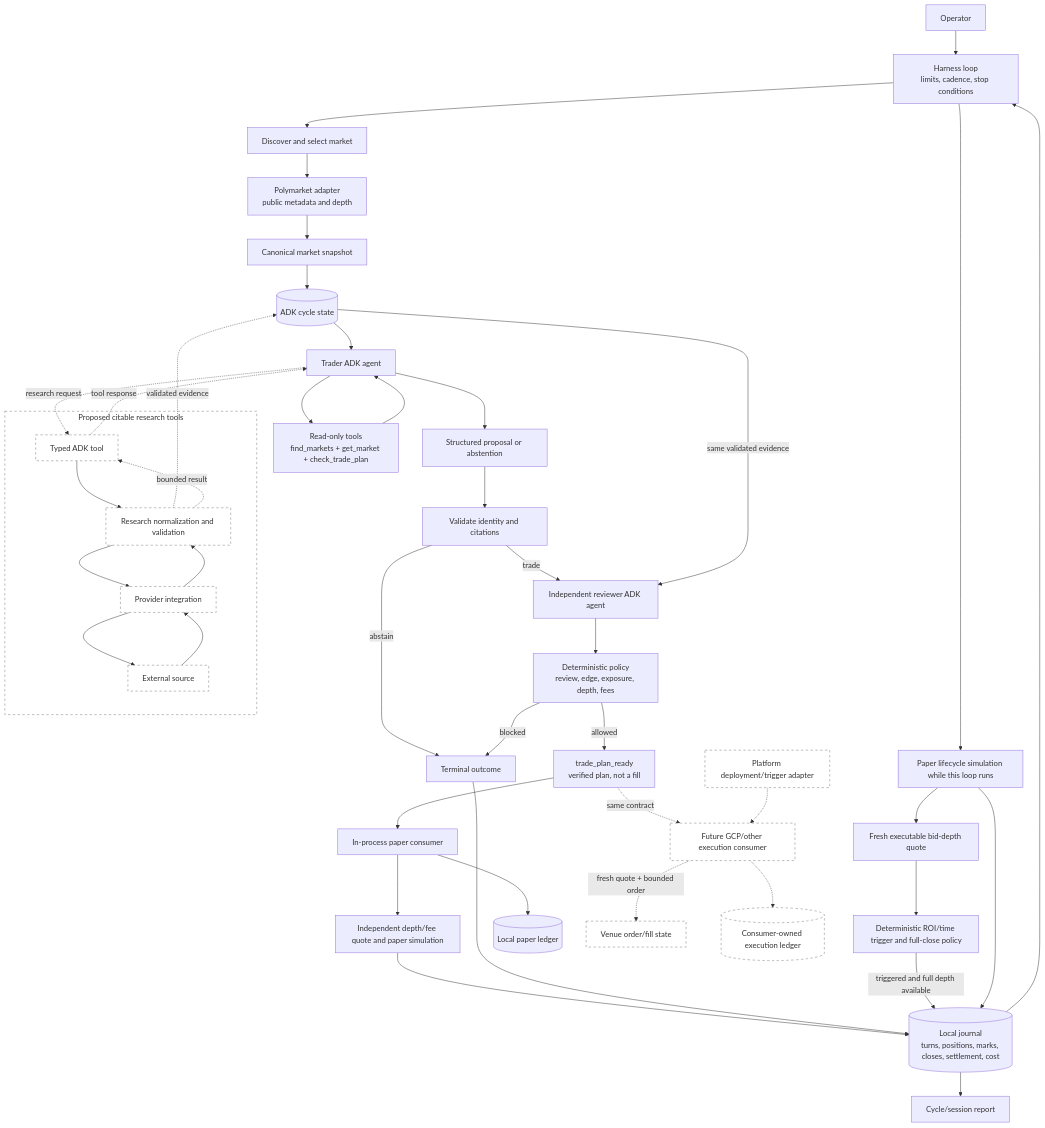
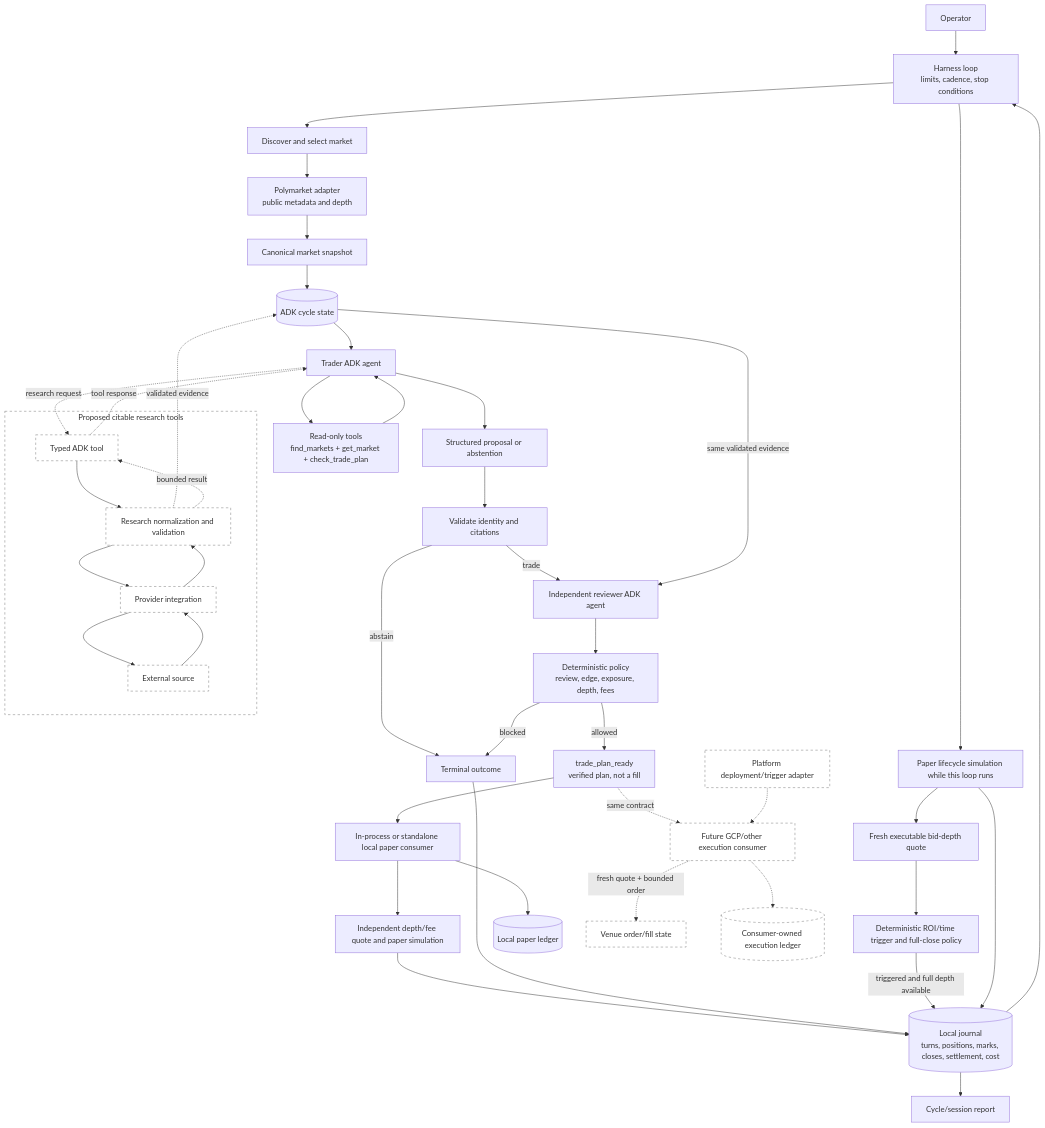
The diagram in harness/docs/architecture.md (JMrtzsn/chrysopoeia), drawn with Mermaid before and after one commit. The commit also changed other lines of this file and 8 other files, not shown here.

Commit message:
Add standalone local paper consumer

````diff
--- a/harness/docs/architecture.md
+++ b/harness/docs/architecture.md
@@ -6,54 +6,54 @@
 ```mermaid
 flowchart TD
     Operator --> Loop["Harness loop<br/>limits, cadence, stop conditions"]
     Loop --> Discover["Discover and select market"]
     Discover --> Venue["Polymarket adapter<br/>public metadata and depth"]
     Venue --> Snapshot["Canonical market snapshot"]
     Snapshot --> State[("ADK cycle state")]
 
     State --> Trader["Trader ADK agent"]
     Trader --> ContextTool["Read-only tools<br/>find_markets + get_market + check_trade_plan"]
     ContextTool --> Trader
     Trader --> Proposal["Structured proposal or abstention"]
     Proposal --> Gate["Validate identity and citations"]
     Gate -->|abstain| Outcome["Terminal outcome"]
     Gate -->|trade| Reviewer["Independent reviewer ADK agent"]
     State -->|same validated evidence| Reviewer
     Reviewer --> Policy["Deterministic policy<br/>review, edge, exposure, depth, fees"]
     Policy -->|allowed| Ready["trade_plan_ready<br/>verified plan, not a fill"]
-    Ready --> PaperConsumer["In-process paper consumer"]
+    Ready --> PaperConsumer["In-process or standalone local paper consumer"]
     PaperConsumer --> Quote["Independent depth/fee quote and paper simulation"]
     Policy -->|blocked| Outcome
     Quote --> Journal[("Local journal<br/>turns, positions, marks, closes, settlement, cost")]
     Outcome --> Journal
     Loop --> Lifecycle["Paper lifecycle simulation while this loop runs"]
     Lifecycle --> ExitQuote["Fresh executable bid-depth quote"]
     ExitQuote --> ExitPolicy["Deterministic ROI/time trigger and full-close policy"]
     ExitPolicy -->|triggered and full depth available| Journal
     Lifecycle --> Journal
     Journal --> Loop
     Journal --> Report["Cycle/session report"]
 
     Ready -. "same contract" .-> ExecutionConsumer["Future GCP/other execution consumer"]
     PaperConsumer --> PaperLedger[("Local paper ledger")]
     ExecutionConsumer -. "fresh quote + bounded order" .-> LiveVenue["Venue order/fill state"]
     ExecutionConsumer -.-> LiveLedger[("Consumer-owned execution ledger")]
     Platform["Platform deployment/trigger adapter"] -.-> ExecutionConsumer
 
     subgraph Planned["Proposed citable research tools"]
         Tool["Typed ADK tool"]
         Core["Research normalization and validation"]
         Integration["Provider integration"]
         Source["External source"]
         Tool --> Core --> Integration --> Source
         Source --> Integration --> Core
     end
     Trader -. "research request" .-> Tool
     Core -. "validated evidence" .-> State
     Core -. "bounded result" .-> Tool
     Tool -. "tool response" .-> Trader
 
     classDef planned fill:#fff,stroke:#777,stroke-dasharray:5 5;
     class Tool,Core,Integration,Source,ExecutionConsumer,LiveVenue,LiveLedger,Platform planned;
     style Planned fill:#fff,stroke:#777,stroke-dasharray:5 5;
 ```
````
